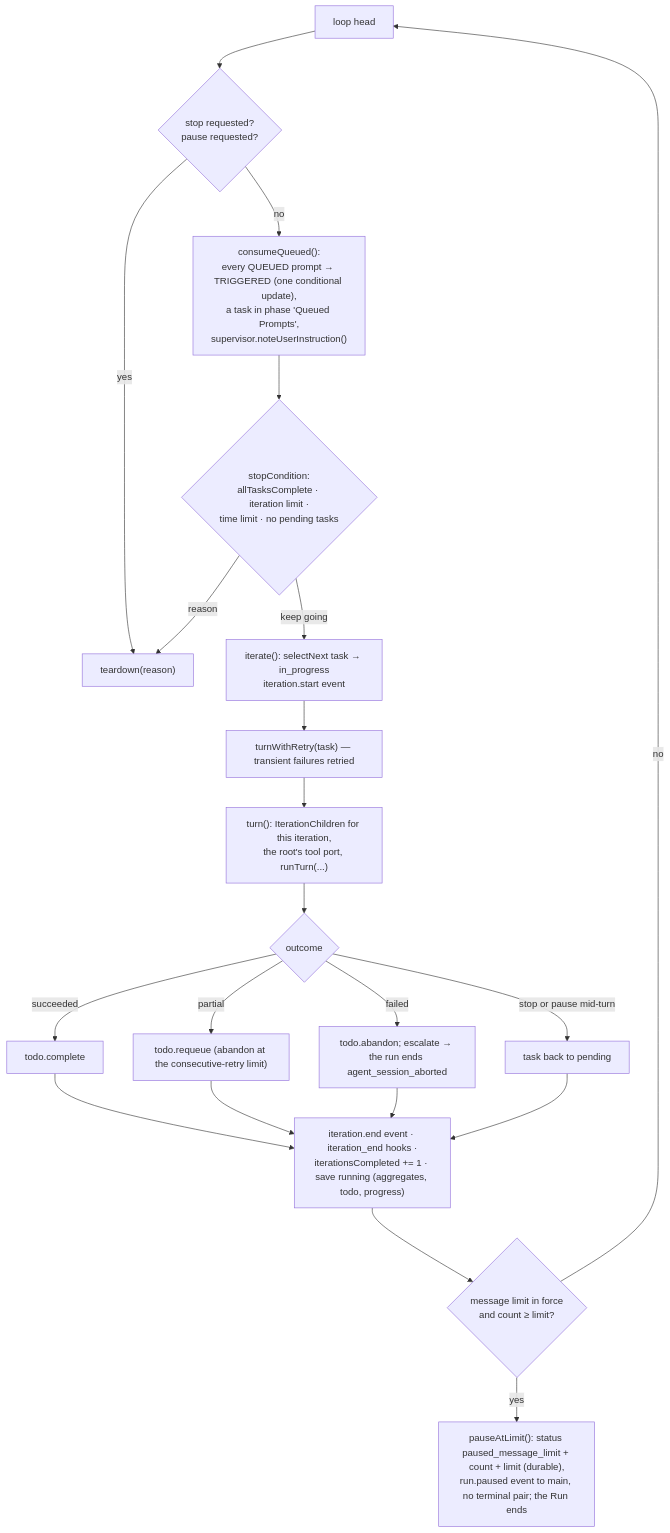
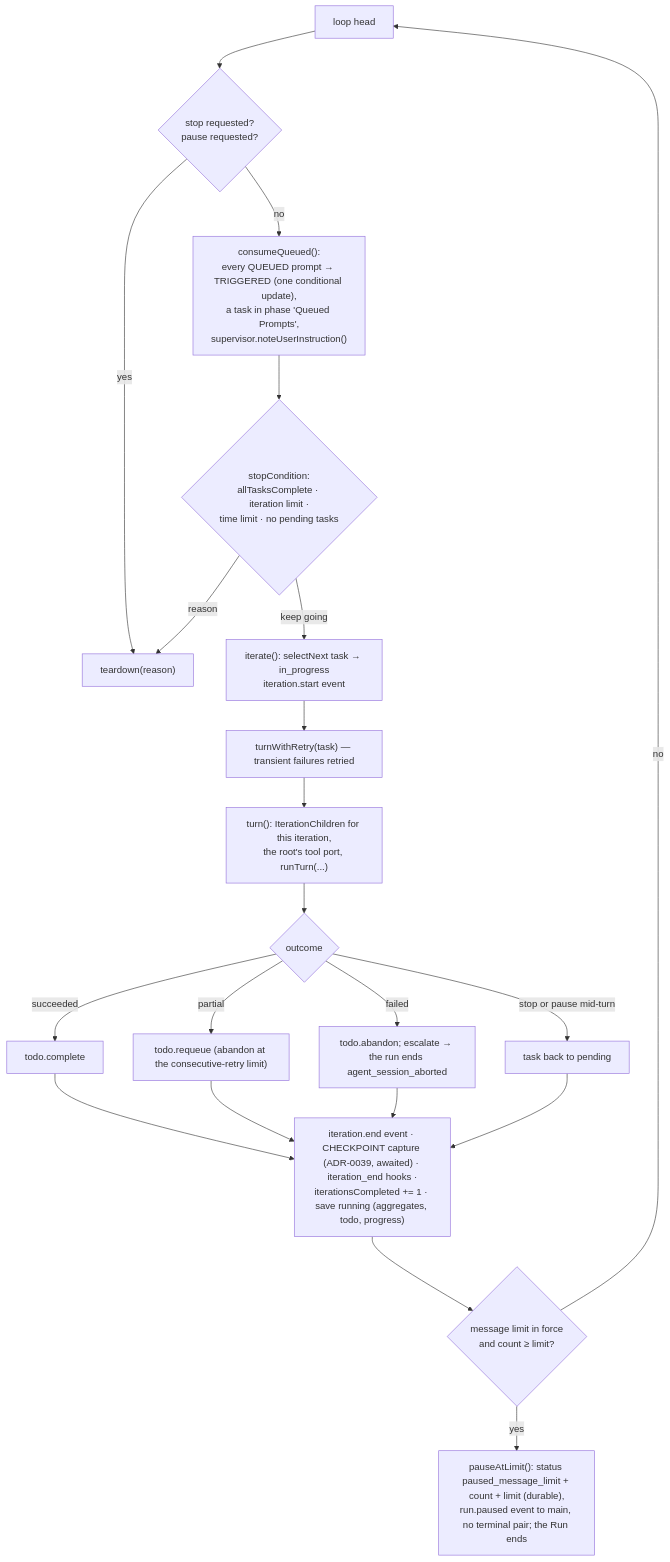
The second of 2 diagrams in docs/architecture/views/03-runtime-view.md (Concrete-Dynamics/Rotaris), drawn with Mermaid before and after one commit. The commit also changed other lines of this file and 40 other files, not shown here.

````diff
--- a/docs/architecture/views/03-runtime-view.md
+++ b/docs/architecture/views/03-runtime-view.md
@@ -55,20 +55,20 @@
 ```mermaid
 flowchart TB
   L0["loop head"] --> S1{"stop requested?<br/>pause requested?"}
   S1 -- yes --> T["teardown(reason)"]
   S1 -- no --> Q["consumeQueued():<br/>every QUEUED prompt → TRIGGERED (one conditional update),<br/>a task in phase 'Queued Prompts',<br/>supervisor.noteUserInstruction()"]
   Q --> S2{"stopCondition:<br/>allTasksComplete · iteration limit ·<br/>time limit · no pending tasks"}
   S2 -- reason --> T
   S2 -- keep going --> I["iterate(): selectNext task → in_progress<br/>iteration.start event"]
   I --> TR["turnWithRetry(task) — transient failures retried"]
   TR --> TURN["turn(): IterationChildren for this iteration,<br/>the root's tool port, runTurn(...)"]
   TURN --> OUT{"outcome"}
   OUT -- succeeded --> C["todo.complete"]
   OUT -- partial --> RQ["todo.requeue (abandon at the consecutive-retry limit)"]
   OUT -- failed --> AB["todo.abandon; escalate → the run ends agent_session_aborted"]
   OUT -- stop or pause mid-turn --> PEND["task back to pending"]
-  C & RQ & AB & PEND --> E["iteration.end event · iteration_end hooks ·<br/>iterationsCompleted += 1 · save running (aggregates, todo, progress)"]
+  C & RQ & AB & PEND --> E["iteration.end event · CHECKPOINT capture (ADR-0039, awaited) · iteration_end hooks ·<br/>iterationsCompleted += 1 · save running (aggregates, todo, progress)"]
   E --> ML{"message limit in force<br/>and count ≥ limit?"}
   ML -- yes --> PL["pauseAtLimit(): status paused_message_limit + count + limit (durable),<br/>run.paused event to main, no terminal pair; the Run ends"]
   ML -- no --> L0
 ```
````
